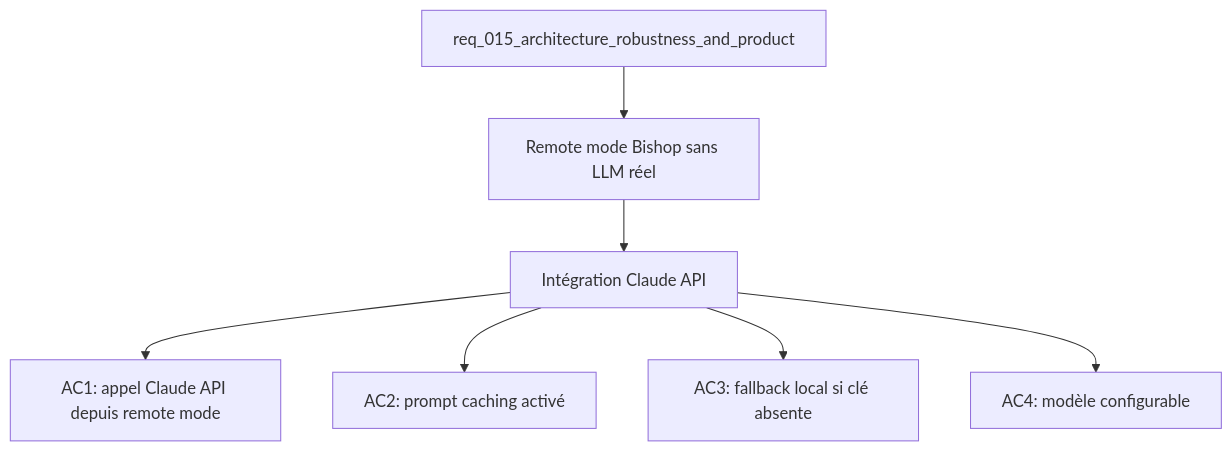
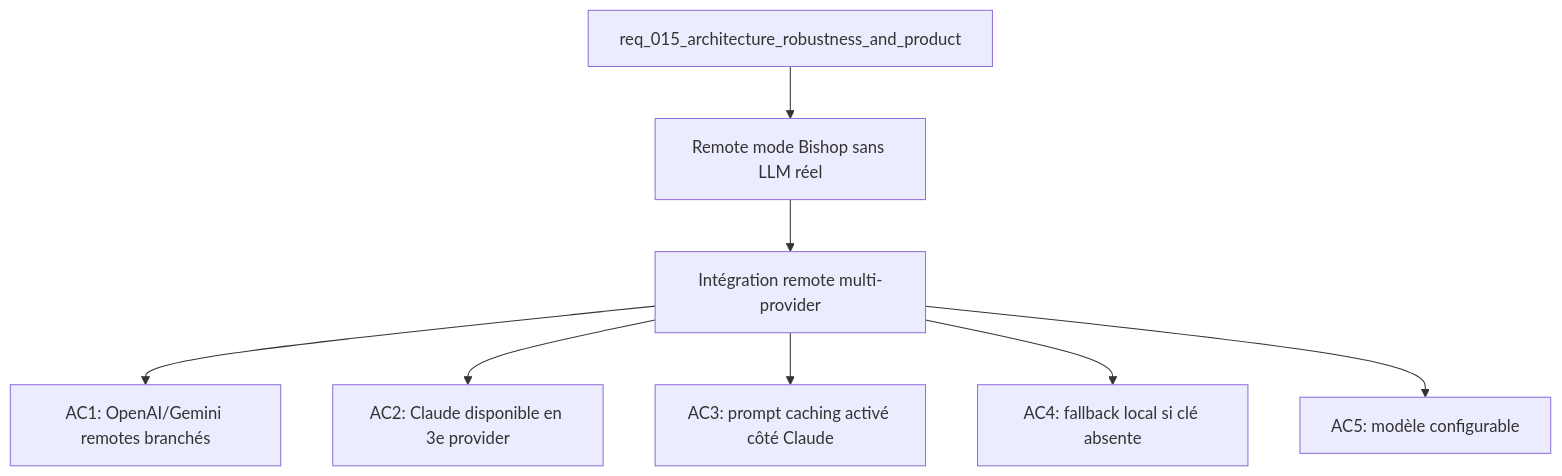
Before and after one commit to AlexAgo83/deepvault: the diagram in logics/backlog/item_052_bishop_claude_api_integration.md, drawn with Mermaid. The commit also changed other lines of this file and 19 other files, not shown here.

````diff
--- a/logics/backlog/item_052_bishop_claude_api_integration.md
+++ b/logics/backlog/item_052_bishop_claude_api_integration.md
@@ -21,11 +21,12 @@
 ```mermaid
 %% logics-kind: backlog
-%% logics-signature: backlog|bishop-claude-api-integration|req-015-architecture-robustness-and-pro|brancher-un-provider-llm-reel-claude|ac1-bishop-remote-appelle-claude-api
+%% logics-signature: backlog|bishop-claude-api-integration|req-015-architecture-robustness-and-prod|bishop-remote-mode-est-architecturalemen|ac1-le-remote-mode-bishop-appelle
 flowchart TD
     Request[req_015_architecture_robustness_and_product] --> Problem[Remote mode Bishop sans LLM réel]
-    Problem --> Scope[Intégration Claude API]
-    Scope --> AC1[AC1: appel Claude API depuis remote mode]
-    Scope --> AC2[AC2: prompt caching activé]
-    Scope --> AC3[AC3: fallback local si clé absente]
-    Scope --> AC4[AC4: modèle configurable]
+    Problem --> Scope[Intégration remote multi-provider]
+    Scope --> AC1[AC1: OpenAI/Gemini remotes branchés]
+    Scope --> AC2[AC2: Claude disponible en 3e provider]
+    Scope --> AC3[AC3: prompt caching activé côté Claude]
+    Scope --> AC4[AC4: fallback local si clé absente]
+    Scope --> AC5[AC5: modèle configurable]
 ```
````
